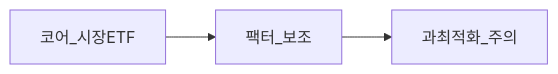
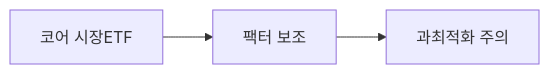
One commit to goldanghenry/Finances changed the second of 3 diagrams in 08-advanced/factor-investing-primer.md. Above: the diagram before and after it, drawn with Mermaid. The commit also changed other lines of this file and 211 other files, not shown here.

````diff
--- a/08-advanced/factor-investing-primer.md
+++ b/08-advanced/factor-investing-primer.md
@@ -93,5 +112,5 @@
 ```mermaid
 flowchart LR
-  Core[코어_시장ETF] --> Sat[팩터_보조]
-  Sat --> Risk[과최적화_주의]
+  Core["코어 시장ETF"] --> Sat["팩터 보조"]
+  Sat --> Risk["과최적화 주의"]
 ```
````
